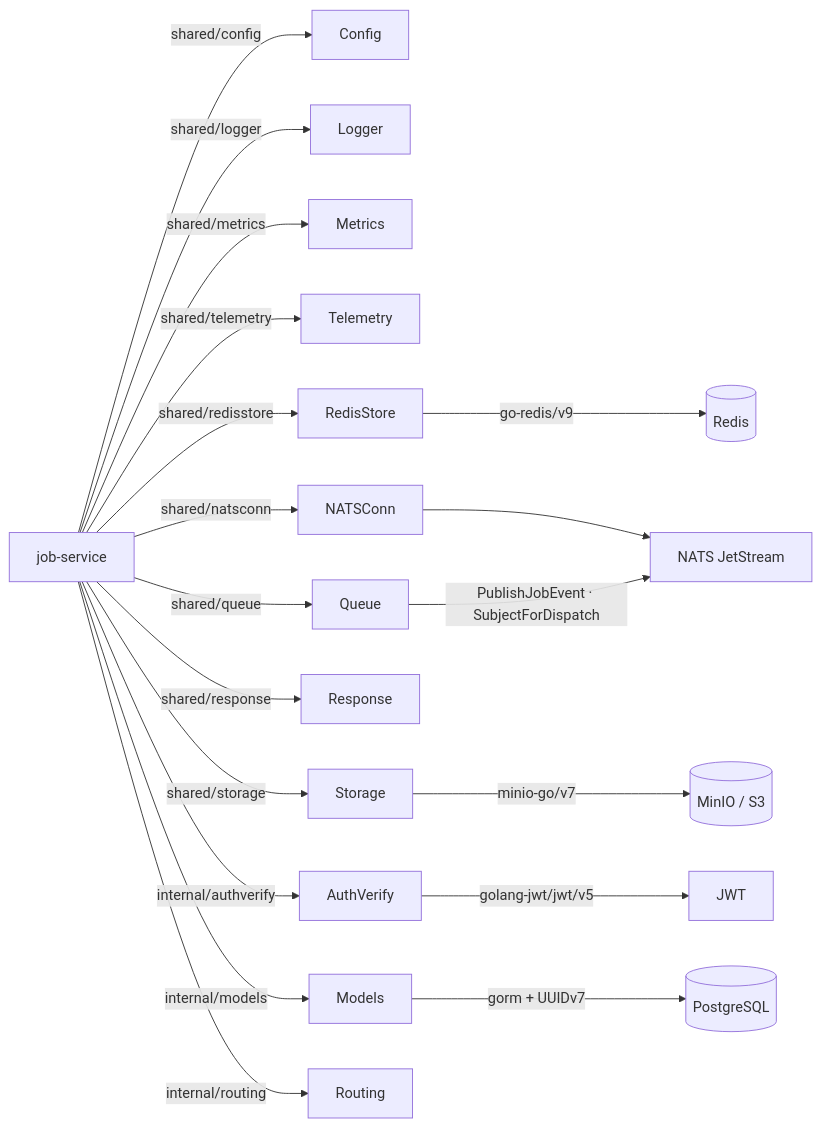
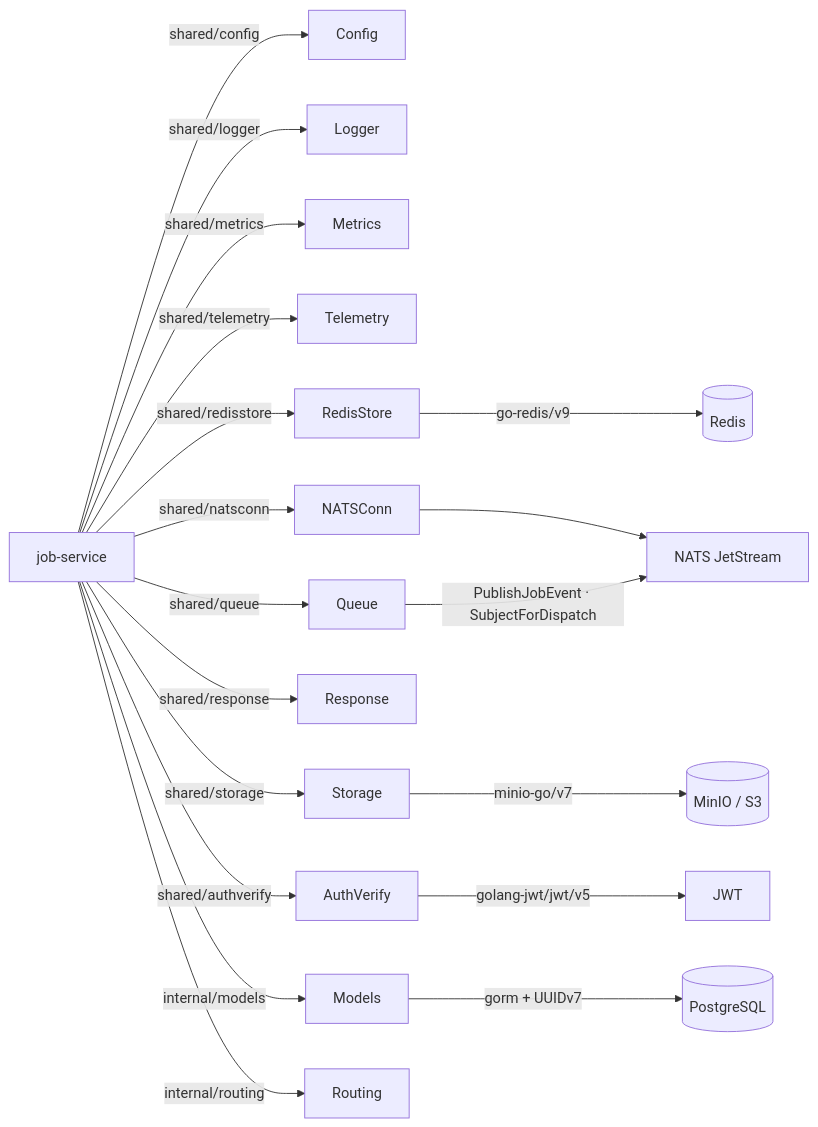
Before and after one commit to Prachidubey2003/fyredocs_backend: the fifth of 5 diagrams in docs/developer/mermaid/service-job-service-architecture.md, drawn with Mermaid. The commit also changed 130 other files, not shown here.

````diff
--- a/docs/developer/mermaid/service-job-service-architecture.md
+++ b/docs/developer/mermaid/service-job-service-architecture.md
@@ -214,24 +214,24 @@
 ```mermaid
 graph LR
     JS[job-service] --> |shared/config| Config
     JS --> |shared/logger| Logger
     JS --> |shared/metrics| Metrics
     JS --> |shared/telemetry| Telemetry
     JS --> |shared/redisstore| RedisStore
     JS --> |shared/natsconn| NATSConn
     JS --> |shared/queue| Queue
     JS --> |shared/response| Response
     JS --> |shared/storage| Storage
 
     Storage --> |minio-go/v7| S3[("MinIO / S3")]
 
-    JS --> |internal/authverify| AuthVerify
+    JS --> |shared/authverify| AuthVerify
     JS --> |internal/models| Models
     JS --> |internal/routing| Routing
 
     Models --> |gorm + UUIDv7| PG[(PostgreSQL)]
     RedisStore --> |go-redis/v9| Redis[(Redis)]
     NATSConn --> NATS["NATS JetStream"]
     Queue --> |PublishJobEvent · SubjectForDispatch| NATS
     AuthVerify --> |golang-jwt/jwt/v5| JWT
 ```
````
